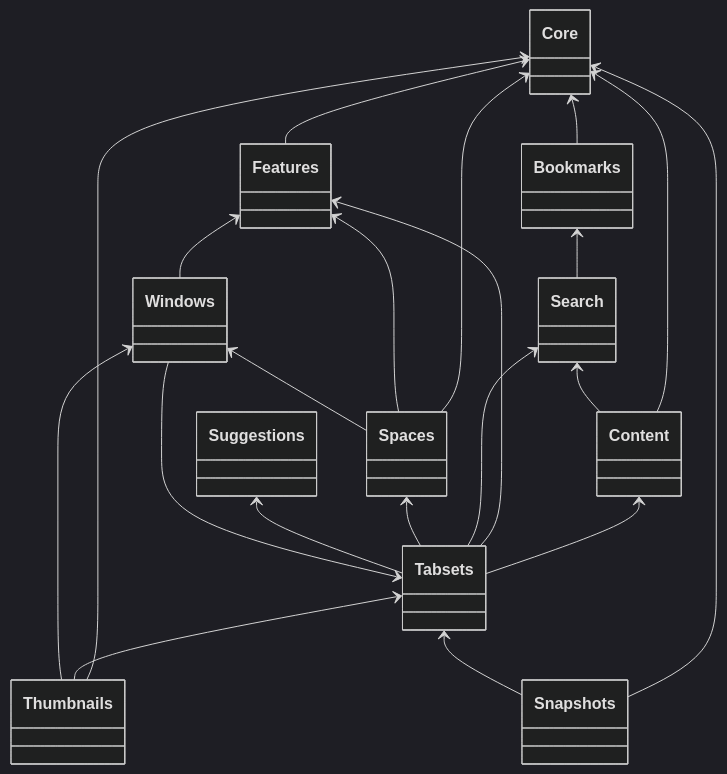
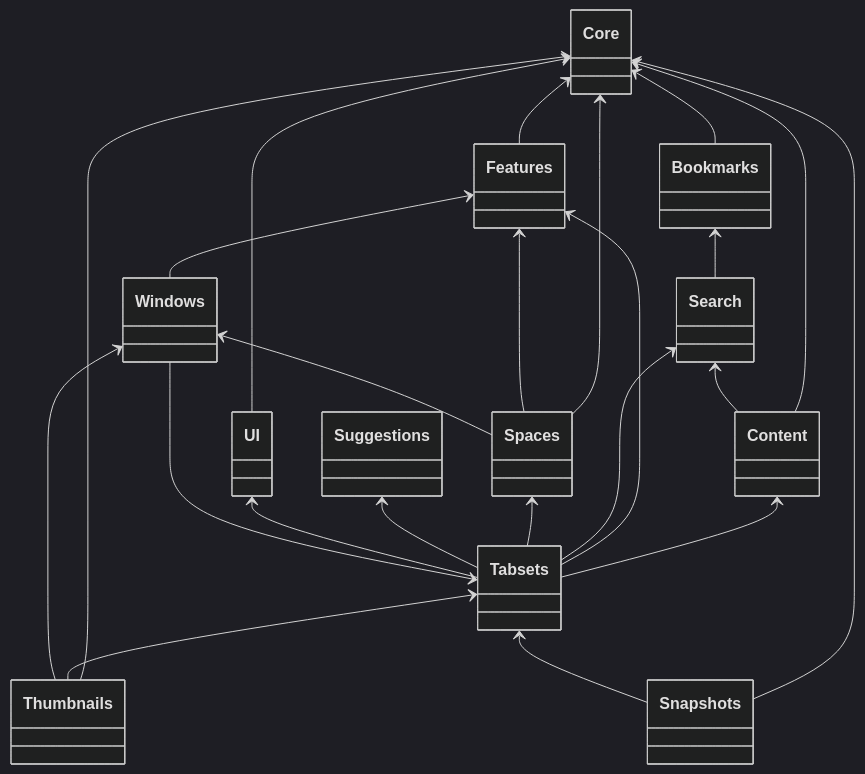
One commit to evandor/tabsets changed the diagram in docs/submodules/index.md. Above: the diagram before and after it, drawn with Mermaid (dark theme). The commit also changed 26 other files, not shown here.

````diff
--- a/docs/submodules/index.md
+++ b/docs/submodules/index.md
@@ -13,30 +13,33 @@
 ```mermaid
 classDiagram
   Core <-- Features
   Features <-- Windows
   Tabsets <-- Windows
 
   Core <-- Thumbnails
   Tabsets <-- Thumbnails
   Windows <-- Thumbnails
 
   Content <-- Tabsets
   Features <-- Tabsets
   Search <-- Tabsets
   Spaces <-- Tabsets
   Suggestions <-- Tabsets
+  UI <-- Tabsets
 
   Core <-- Spaces
   Features <-- Spaces
   Windows <-- Spaces
 
   Core <-- Bookmarks
   Bookmarks <-- Search
 
   Core <-- Content
   Search <-- Content
 
   Core <-- Snapshots
   Tabsets <-- Snapshots
 
+  Core <-- UI
+
 ```
````
